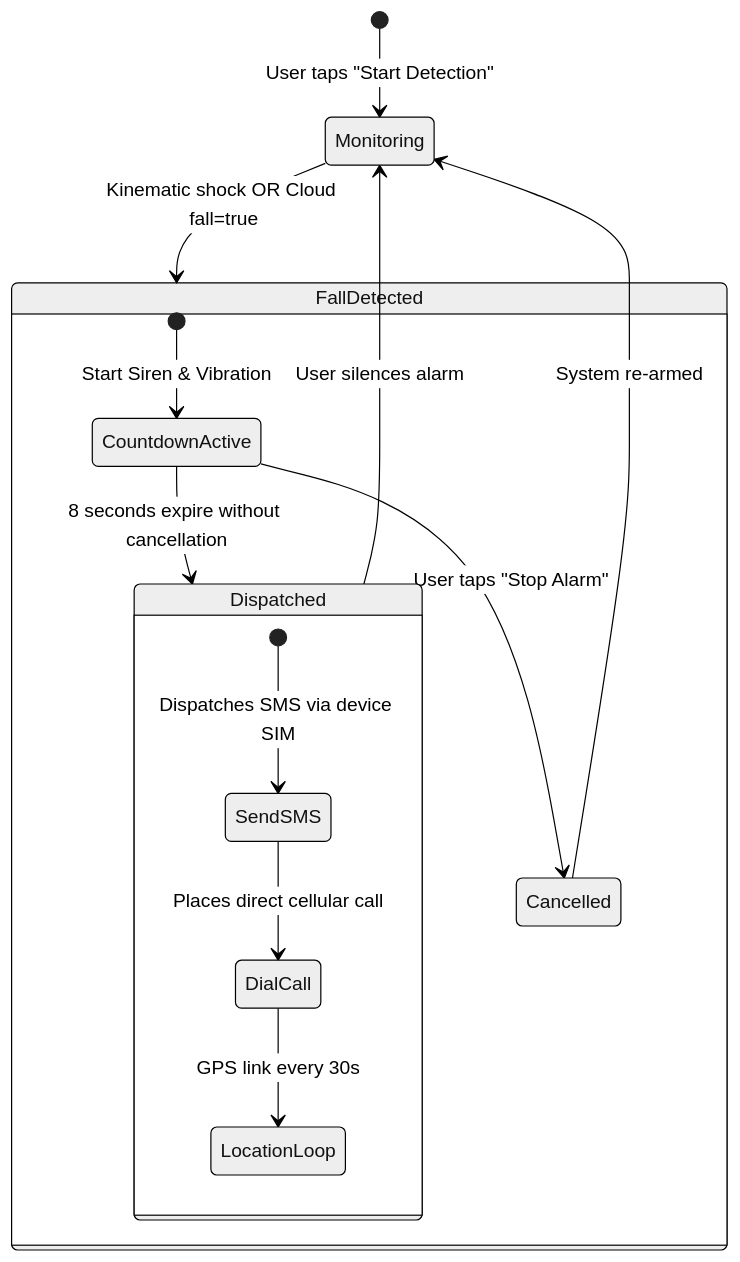
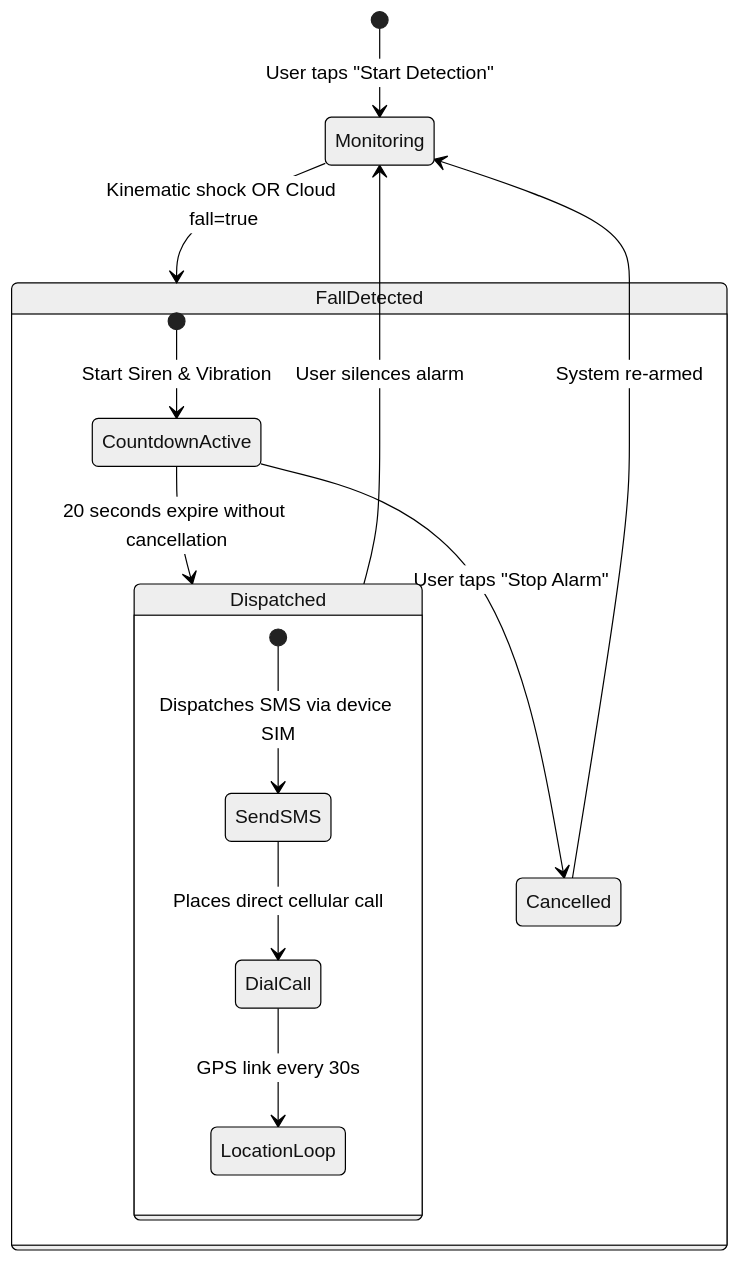
One commit to B-KARNA/Hybrid-Multimodal-Fall-detection-and-Alert-System- changed the diagram in DOCUMENTATION.md. Above: the diagram before and after it, drawn with Mermaid (neutral theme). The commit also changed 2 other files, not shown here.

Commit message:
docs: update all countdown references to 20s and server hold to 30s across UI and docs

````diff
--- a/DOCUMENTATION.md
+++ b/DOCUMENTATION.md
@@ -211,21 +211,21 @@
 ```mermaid
 stateDiagram-v2
     [*] --> Monitoring : User taps "Start Detection"
     Monitoring --> FallDetected : Kinematic shock OR Cloud fall=true
     
     state FallDetected {
         [*] --> CountdownActive : Start Siren & Vibration
-        CountdownActive --> Dispatched : 8 seconds expire without cancellation
+        CountdownActive --> Dispatched : 20 seconds expire without cancellation
         CountdownActive --> Cancelled : User taps "Stop Alarm"
     }
 
     Cancelled --> Monitoring : System re-armed
     
     state Dispatched {
         [*] --> SendSMS : Dispatches SMS via device SIM
         SendSMS --> DialCall : Places direct cellular call
         DialCall --> LocationLoop : GPS link every 30s
     }
 
     Dispatched --> Monitoring : User silences alarm
 ```
````
